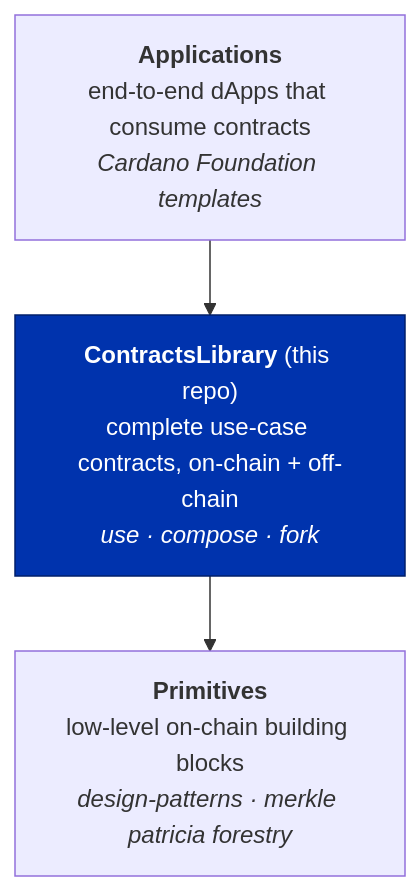
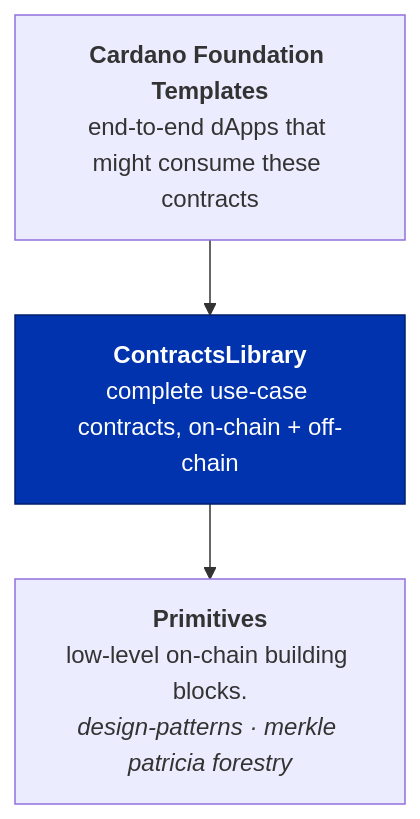
One commit to input-output-hk/contracts-library changed the diagram in README.md. Above: the diagram before and after it, drawn with Mermaid. The commit also changed other lines of this file, not shown here.

Commit message:
Update ecosystem section in README.md

````diff
--- a/README.md
+++ b/README.md
@@ -93,10 +93,10 @@
 ```mermaid
 flowchart TB
-    A["<b>Applications</b><br/>end-to-end dApps that consume contracts<br/><i>Cardano Foundation templates</i>"]
-    L["<b>ContractsLibrary</b> (this repo)<br/>complete use-case contracts, on-chain + off-chain<br/><i>use · compose · fork</i>"]
-    P["<b>Primitives</b><br/>low-level on-chain building blocks<br/><i>design-patterns · merkle patricia forestry</i>"]
+    A["<b>Cardano Foundation Templates</b><br/>end-to-end dApps that might consume these contracts"]
+    L["<b>ContractsLibrary</b><br/>complete use-case contracts, on-chain + off-chain"]
+    P["<b>Primitives</b><br/>low-level on-chain building blocks.<br/><i>design-patterns · merkle patricia forestry</i>"]
 
     A --> L --> P
 
     style L fill:#0033ad,stroke:#001f6b,color:#fff
 ```
````
